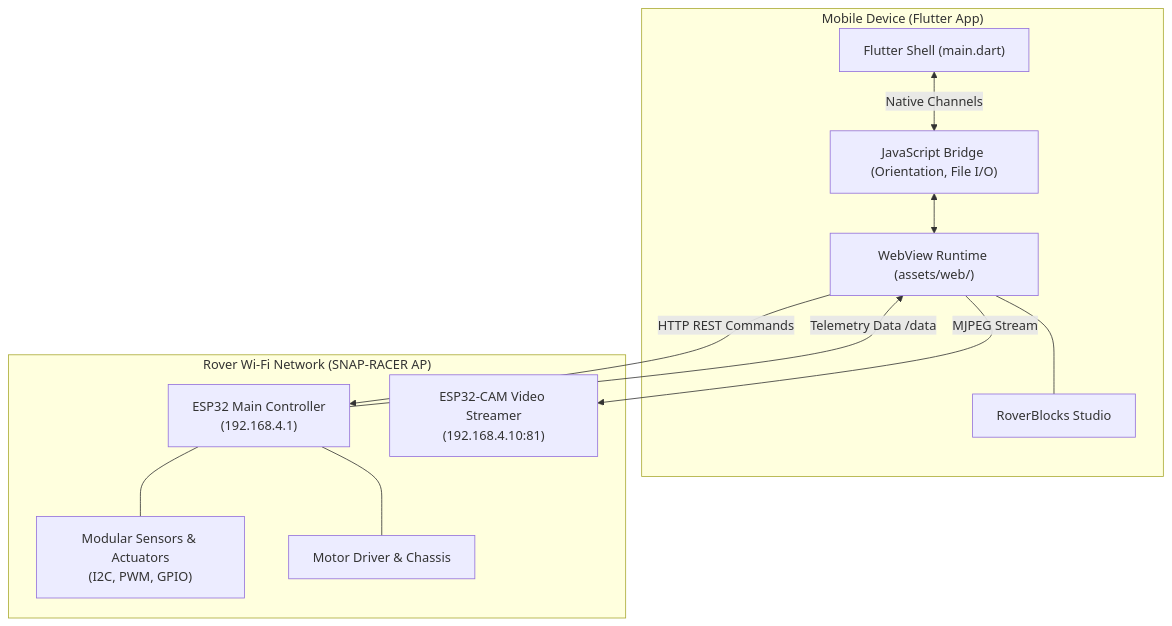
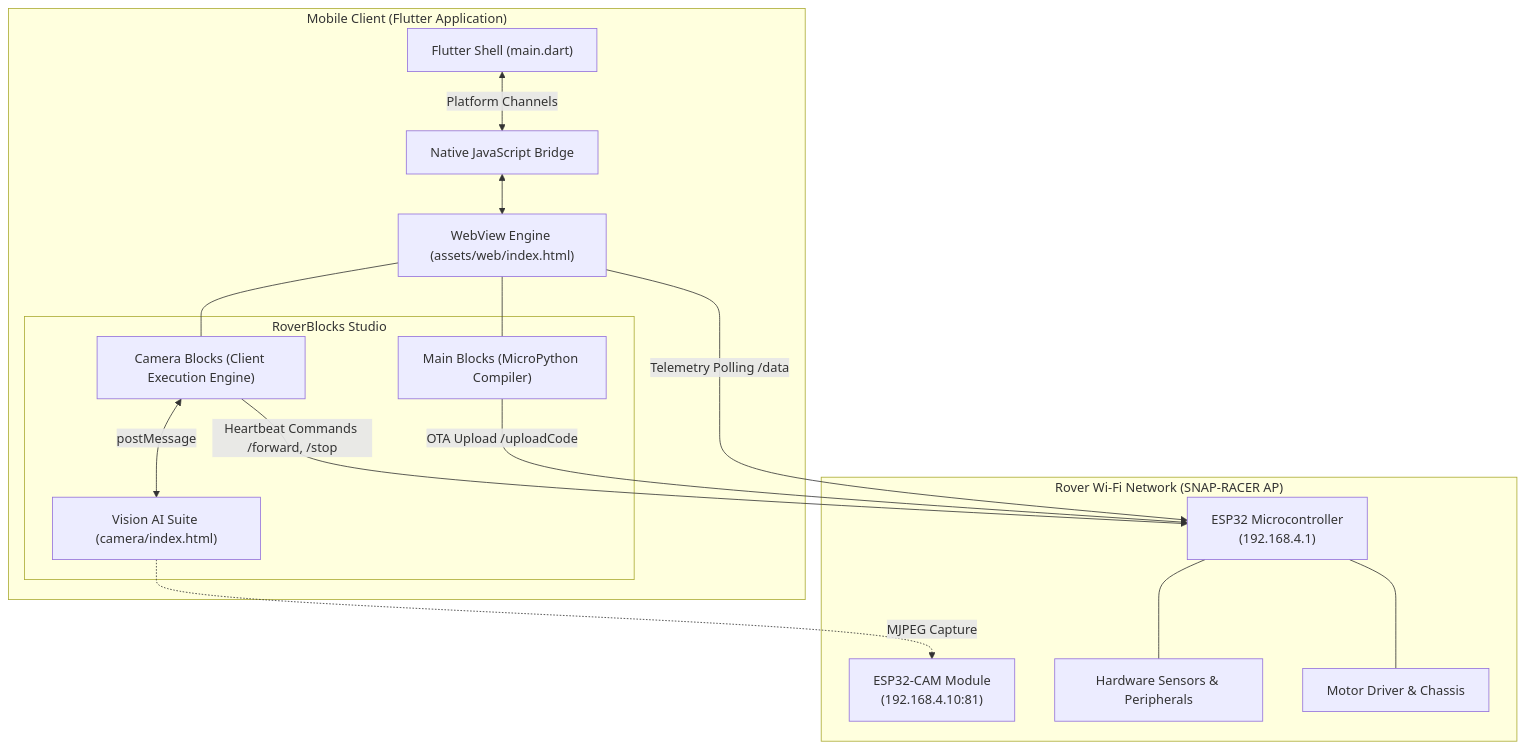
One commit to Mitheshjn/CarBot changed the diagram in README.md. Above: the diagram before and after it, drawn with Mermaid. The commit also changed other lines of this file and 1 other file, not shown here.

````diff
--- a/README.md
+++ b/README.md
@@ -49,27 +77,36 @@
 ```mermaid
 graph TD
-    subgraph MobileDevice["Mobile Device (Flutter App)"]
+    subgraph MobileDevice["Mobile Client (Flutter Application)"]
         Flutter["Flutter Shell (main.dart)"]
-        WebView["WebView Runtime (assets/web/)"]
-        Blockly["RoverBlocks Studio"]
-        Bridge["JavaScript Bridge (Orientation, File I/O)"]
+        WebView["WebView Engine (assets/web/index.html)"]
         
-        Flutter <-->|Native Channels| Bridge
+        subgraph Studio["RoverBlocks Studio"]
+            MainBlocks["Main Blocks (MicroPython Compiler)"]
+            CamBlocks["Camera Blocks (Client Execution Engine)"]
+            VisionSuite["Vision AI Suite (camera/index.html)"]
+        end
+        
+        Bridge["Native JavaScript Bridge"]
+        
+        Flutter <-->|Platform Channels| Bridge
         Bridge <--> WebView
-        WebView --- Blockly
+        WebView --- MainBlocks
+        WebView --- CamBlocks
+        CamBlocks <-->|postMessage| VisionSuite
     end
 
     subgraph HardwareNetwork["Rover Wi-Fi Network (SNAP-RACER AP)"]
-        ESP32["ESP32 Main Controller\n(192.168.4.1)"]
-        ESPCam["ESP32-CAM Video Streamer\n(192.168.4.10:81)"]
-        Sensors["Modular Sensors & Actuators\n(I2C, PWM, GPIO)"]
+        ESP32["ESP32 Microcontroller\n(192.168.4.1)"]
+        ESPCam["ESP32-CAM Module\n(192.168.4.10:81)"]
+        Sensors["Hardware Sensors & Peripherals"]
         Motors["Motor Driver & Chassis"]
         
         ESP32 --- Sensors
         ESP32 --- Motors
     end
 
-    WebView -->|HTTP REST Commands| ESP32
-    ESP32 -->|Telemetry Data /data| WebView
-    WebView -->|MJPEG Stream| ESPCam
+    MainBlocks -->|OTA Upload /uploadCode| ESP32
+    CamBlocks -->|Heartbeat Commands /forward, /stop| ESP32
+    WebView -->|Telemetry Polling /data| ESP32
+    VisionSuite -.->|MJPEG Capture| ESPCam
 ```
````
